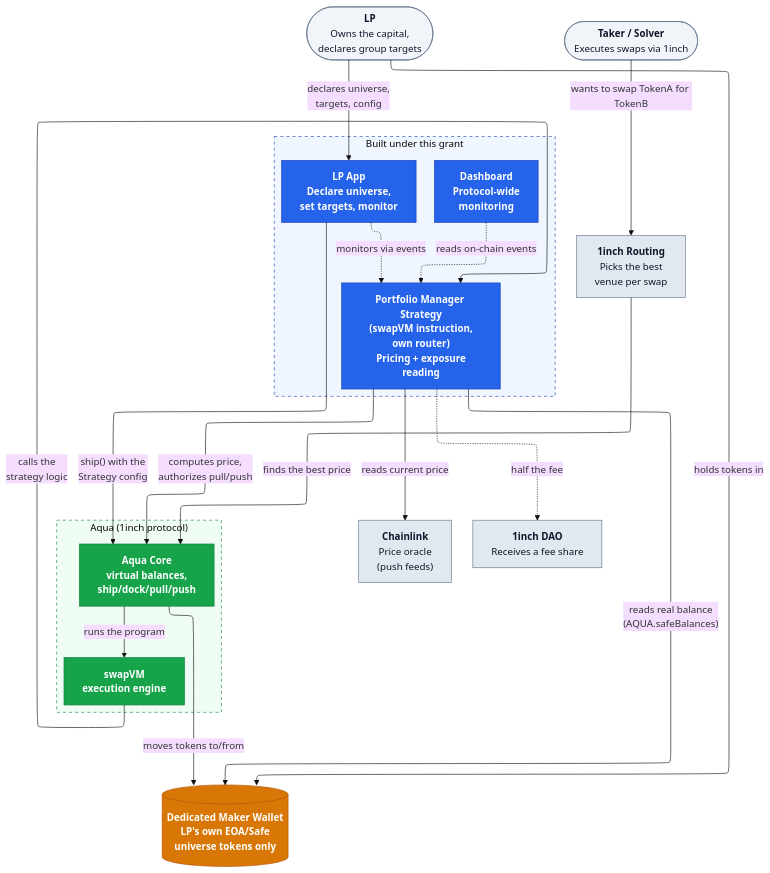
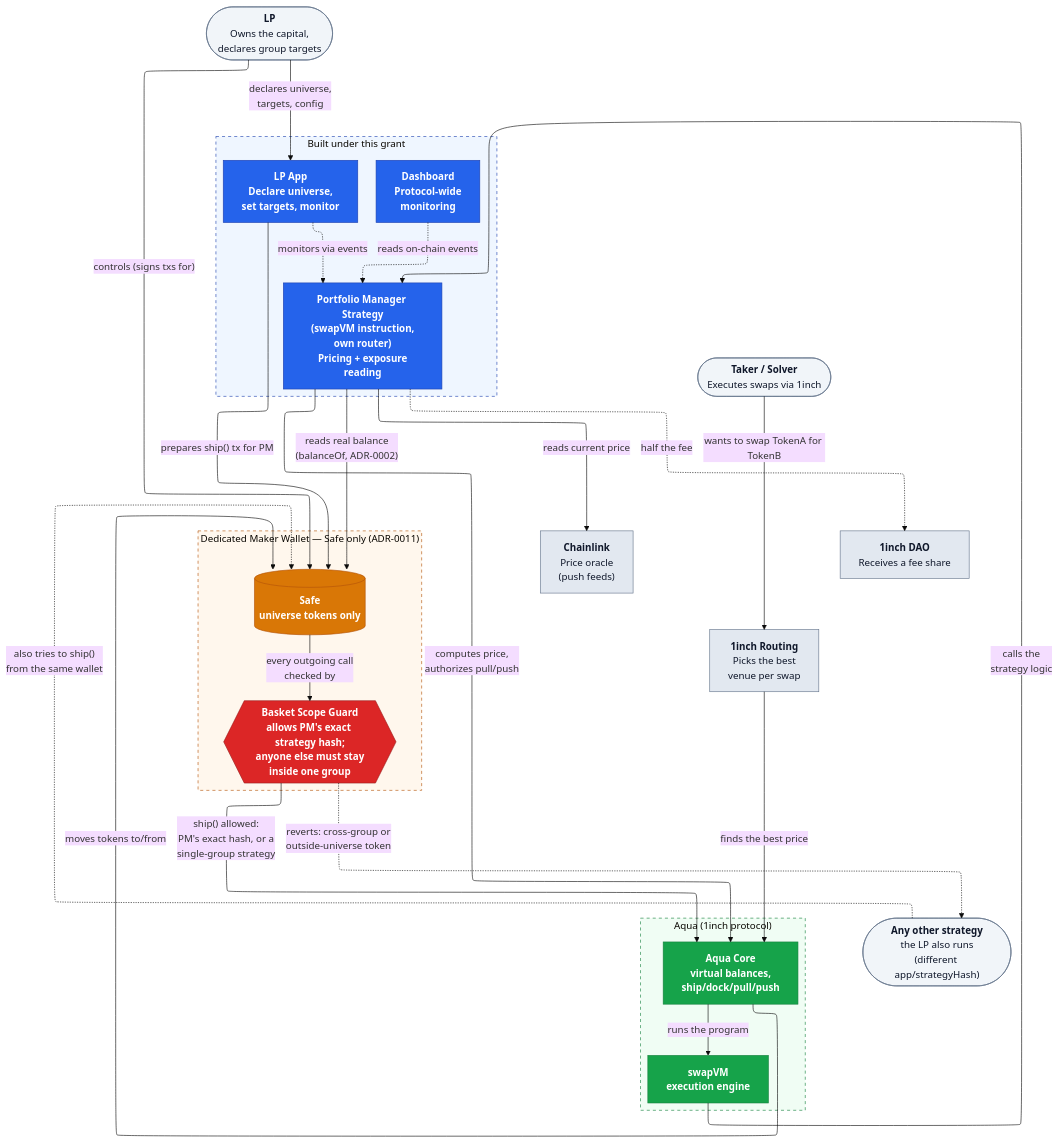
One commit to bleu/aqua-portfolio-manager changed the first of 2 diagrams in docs/ARCHITECTURE.md. Above: the diagram before and after it, drawn with Mermaid (base theme). The commit also changed other lines of this file and 9 other files, not shown here.

First line of the commit message:
Close cross-strategy manipulation structurally via a Safe-only wallet + Basket Scope Guard

````diff
--- a/docs/ARCHITECTURE.md
+++ b/docs/ARCHITECTURE.md
@@ -69,57 +74,69 @@
 ```mermaid
 %%{init: {"flowchart": {"defaultRenderer": "elk"}} }%%
 flowchart TD
     LP(["<b>LP</b><br/>Owns the capital,<br/>declares group targets"])
     Taker(["<b>Taker / Solver</b><br/>Executes swaps via 1inch"])
+    OtherStrategy(["<b>Any other strategy</b><br/>the LP also runs<br/>(different app/strategyHash)"])
 
     subgraph BleuScope["Built under this grant"]
         LPApp["<b>LP App</b><br/>Declare universe,<br/>set targets, monitor"]
         Dashboard["<b>Dashboard</b><br/>Protocol-wide<br/>monitoring"]
         Strategy["<b>Portfolio Manager Strategy</b><br/>(swapVM instruction,<br/>own router)<br/>Pricing + exposure<br/>reading"]
     end
 
-    Wallet[("<b>Dedicated Maker Wallet</b><br/>LP's own EOA/Safe<br/>universe tokens only")]
+    subgraph WalletScope["Dedicated Maker Wallet — Safe only (ADR-0011)"]
+        Wallet[("<b>Safe</b><br/>universe tokens only")]
+        Guard{{"<b>Basket Scope Guard</b><br/>allows PM's exact strategy hash;<br/>anyone else must stay<br/>inside one group"}}
+    end
 
     subgraph AquaCore["Aqua (1inch protocol)"]
         Aqua["Aqua Core<br/>virtual balances,<br/>ship/dock/pull/push"]
         SwapVM["swapVM<br/>execution engine"]
     end
 
     Chainlink["<b>Chainlink</b><br/>Price oracle<br/>(push feeds)"]
     Routing["<b>1inch Routing</b><br/>Picks the best<br/>venue per swap"]
     DAO["<b>1inch DAO</b><br/>Receives a fee share"]
 
     LP -->|"declares universe,<br/>targets, config"| LPApp
-    LPApp -->|"ship() with the<br/>Strategy config"| Aqua
     LPApp -.->|"monitors via events"| Strategy
-    LP -->|"holds tokens in"| Wallet
+    LP -->|"controls (signs txs for)"| Wallet
+
+    LPApp -->|"prepares ship() tx for PM"| Wallet
+    OtherStrategy -.->|"also tries to ship()<br/>from the same wallet"| Wallet
+    Wallet -->|"every outgoing call<br/>checked by"| Guard
+    Guard -->|"ship() allowed:<br/>PM's exact hash, or a<br/>single-group strategy"| Aqua
+    Guard -.->|"reverts: cross-group or<br/>outside-universe token"| OtherStrategy
 
     Taker -->|"wants to swap TokenA for TokenB"| Routing
     Routing -->|"finds the best price"| Aqua
     Aqua -->|"runs the program"| SwapVM
     SwapVM -->|"calls the<br/>strategy logic"| Strategy
 
-    Strategy -->|"reads real balance<br/>(AQUA.safeBalances)"| Wallet
+    Strategy -->|"reads real balance<br/>(balanceOf, ADR-0002)"| Wallet
     Strategy -->|"reads current price"| Chainlink
     Strategy -->|"computes price,<br/>authorizes pull/push"| Aqua
     Aqua -->|"moves tokens to/from"| Wallet
 
     Strategy -.->|"half the fee"| DAO
 
     Dashboard -.->|"reads on-chain events"| Strategy
 
     classDef actor fill:#f1f5f9,stroke:#64748b,color:#0f172a
     classDef bleu fill:#2563eb,stroke:#1e40af,color:#ffffff,font-weight:bold
     classDef wallet fill:#d97706,stroke:#b45309,color:#ffffff,font-weight:bold
+    classDef guard fill:#dc2626,stroke:#991b1b,color:#ffffff,font-weight:bold
     classDef aqua fill:#16a34a,stroke:#15803d,color:#ffffff,font-weight:bold
     classDef external fill:#e2e8f0,stroke:#64748b,color:#0f172a
 
-    class LP,Taker actor
+    class LP,Taker,OtherStrategy actor
     class LPApp,Dashboard,Strategy bleu
     class Wallet wallet
+    class Guard guard
     class Aqua,SwapVM aqua
     class Chainlink,Routing,DAO external
 
     style BleuScope fill:#eff6ff,stroke:#1e40af,stroke-dasharray: 5 5
     style AquaCore fill:#f0fdf4,stroke:#15803d,stroke-dasharray: 5 5
+    style WalletScope fill:#fff7ed,stroke:#b45309,stroke-dasharray: 5 5
 ```
````
